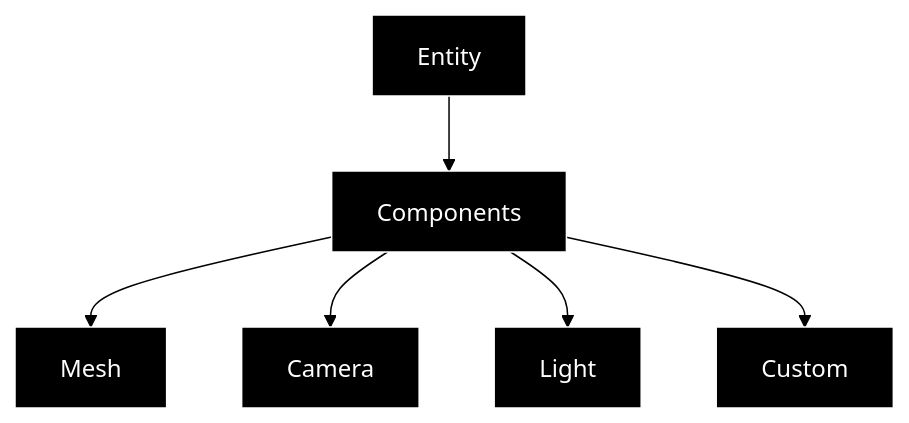
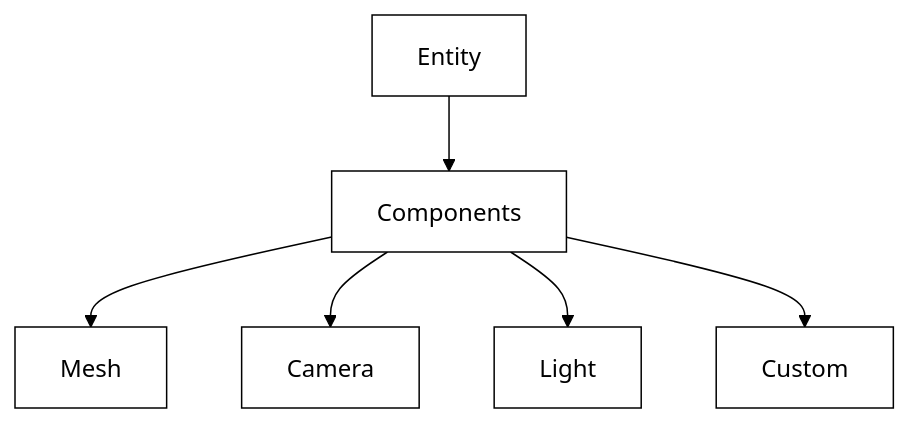
The first of 2 diagrams in docs/README.md (ukonpower/OREngine), drawn with Mermaid (forest theme) before and after one commit. The commit also changed other lines of this file and 6 other files, not shown here.

````diff
--- a/docs/README.md
+++ b/docs/README.md
@@ -68,15 +68,15 @@
 ```mermaid
 graph TB
     Entity[Entity] --> Components[Components]
     Components --> Mesh[Mesh]
     Components --> Camera[Camera]
     Components --> Light[Light]
     Components --> Custom[Custom]
 
-    style Entity fill:#000,stroke:#fff,color:#fff
-    style Components fill:#000,stroke:#fff,color:#fff
-    style Mesh fill:#000,stroke:#fff,color:#fff
-    style Camera fill:#000,stroke:#fff,color:#fff
-    style Light fill:#000,stroke:#fff,color:#fff
-    style Custom fill:#000,stroke:#fff,color:#fff
+    style Entity fill:#fff,stroke:#000,color:#000
+    style Components fill:#fff,stroke:#000,color:#000
+    style Mesh fill:#fff,stroke:#000,color:#000
+    style Camera fill:#fff,stroke:#000,color:#000
+    style Light fill:#fff,stroke:#000,color:#000
+    style Custom fill:#fff,stroke:#000,color:#000
 ```
````
